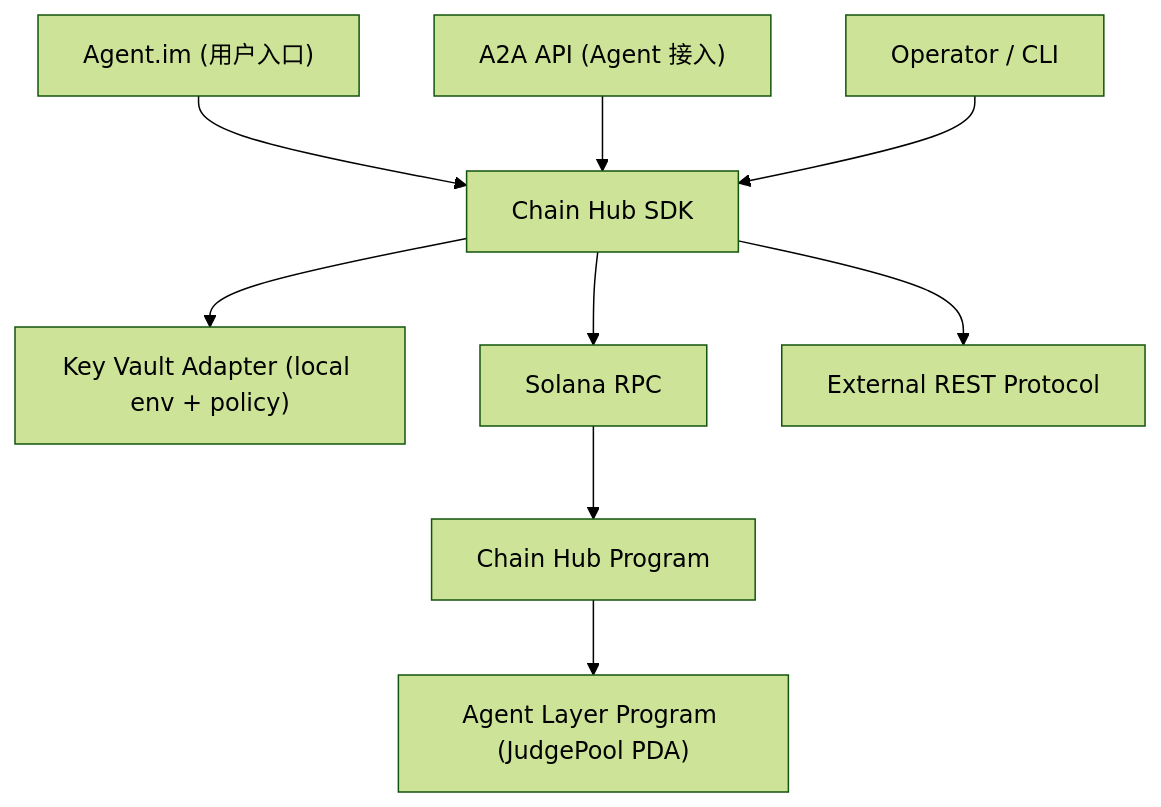
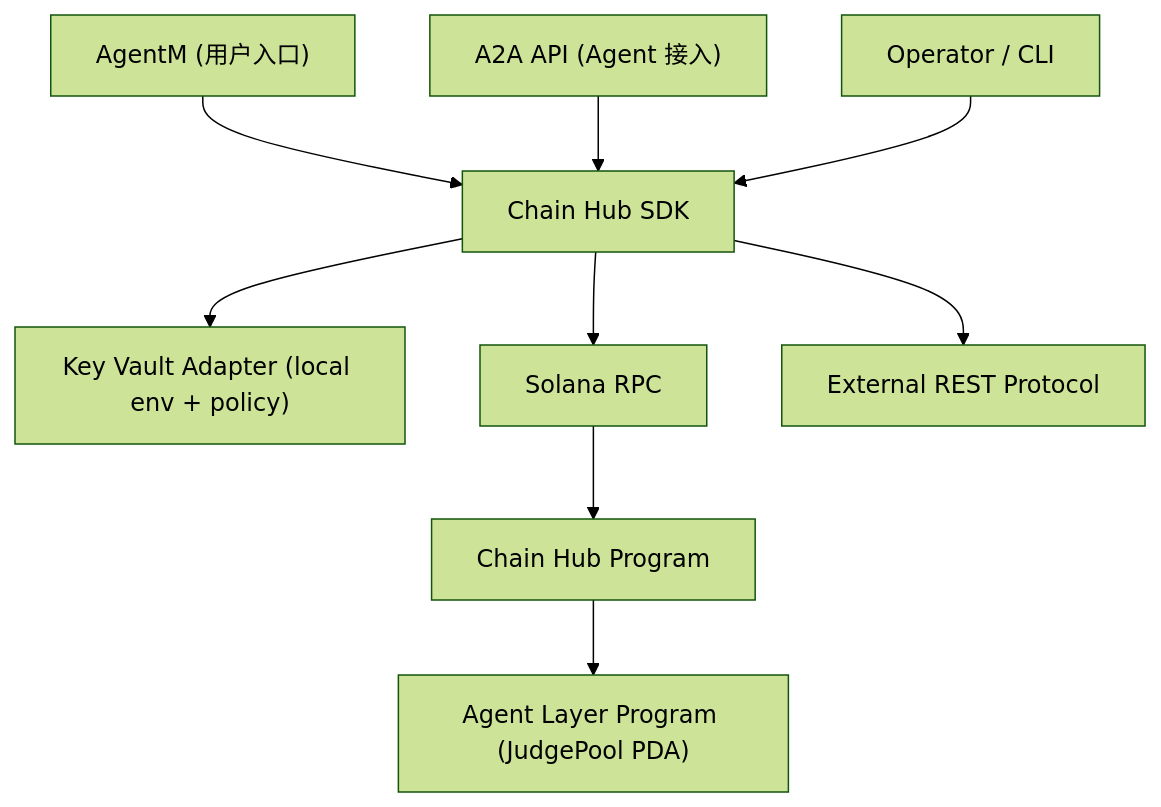
Before and after one commit to DaviRain-Su/gradience: the first of 2 diagrams in apps/chain-hub/docs/02-architecture.md, drawn with Mermaid (forest theme). The commit also changed other lines of this file and 79 other files, not shown here.

````diff
--- a/apps/chain-hub/docs/02-architecture.md
+++ b/apps/chain-hub/docs/02-architecture.md
@@ -14,11 +14,11 @@
 ```mermaid
 flowchart TB
-    AIM["Agent.im (用户入口)"] --> SDK["Chain Hub SDK"]
+    AIM["AgentM (用户入口)"] --> SDK["Chain Hub SDK"]
     API["A2A API (Agent 接入)"] --> SDK
     U["Operator / CLI"] --> SDK
     SDK --> KV["Key Vault Adapter (local env + policy)"]
     SDK --> RPC["Solana RPC"]
     SDK --> REST["External REST Protocol"]
     RPC --> CH["Chain Hub Program"]
     CH --> AL["Agent Layer Program (JudgePool PDA)"]
 ```
````
